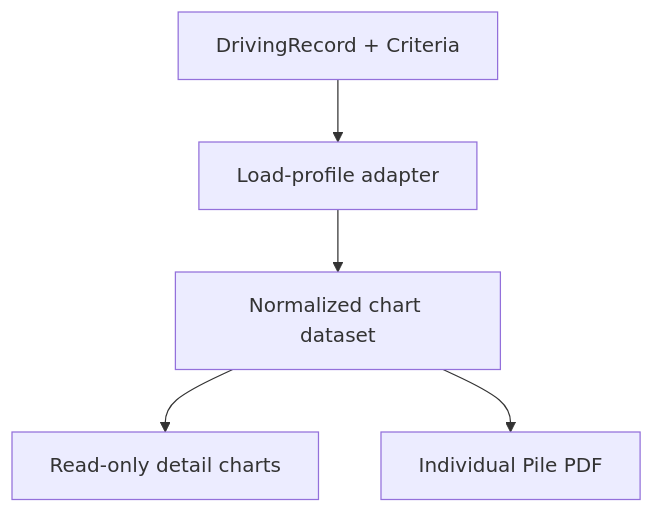
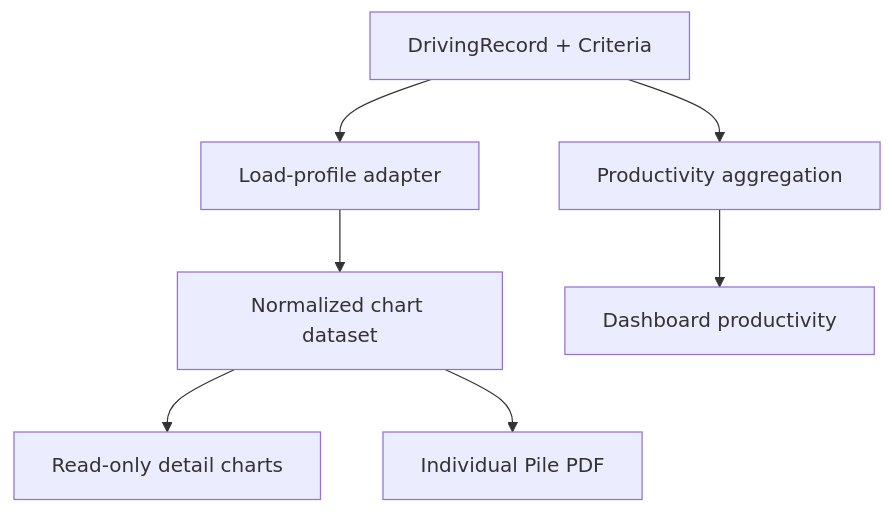
One commit to chaiyapreyk/piletech-pro changed the diagram in docs/superpowers/specs/2026-09-06-driving-load-chart-design.md. Above: the diagram before and after it, drawn with Mermaid. The commit also changed other lines of this file, not shown here.

Commit message:
docs: add driving date and productivity progress design

````diff
--- a/docs/superpowers/specs/2026-09-06-driving-load-chart-design.md
+++ b/docs/superpowers/specs/2026-09-06-driving-load-chart-design.md
@@ -197,7 +235,9 @@
 ```mermaid
 flowchart TD
     A["DrivingRecord + Criteria"] --> B["Load-profile adapter"]
     B --> C["Normalized chart dataset"]
     C --> D["Read-only detail charts"]
     C --> E["Individual Pile PDF"]
+    A --> F["Productivity aggregation"]
+    F --> G["Dashboard productivity"]
 ```
````
